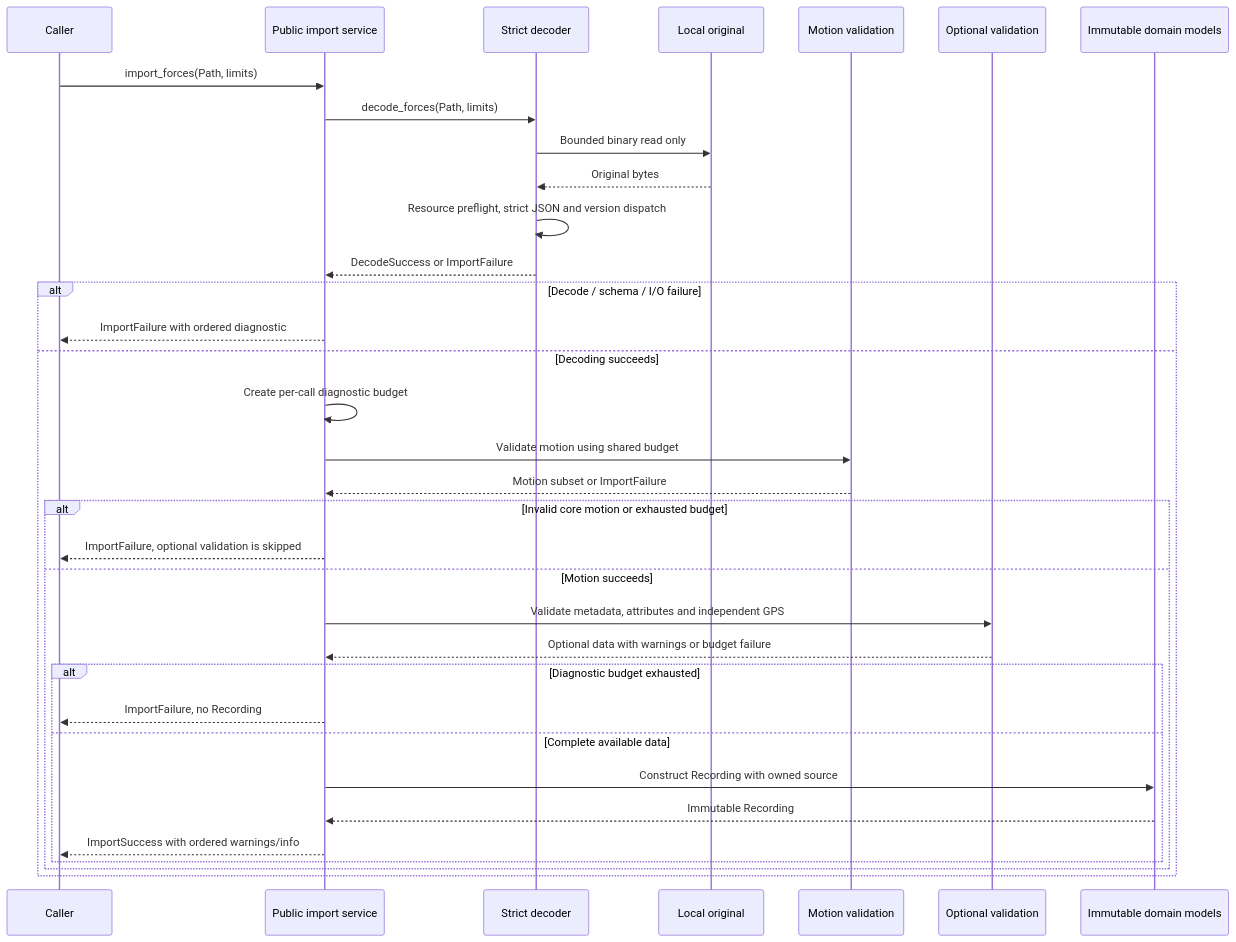
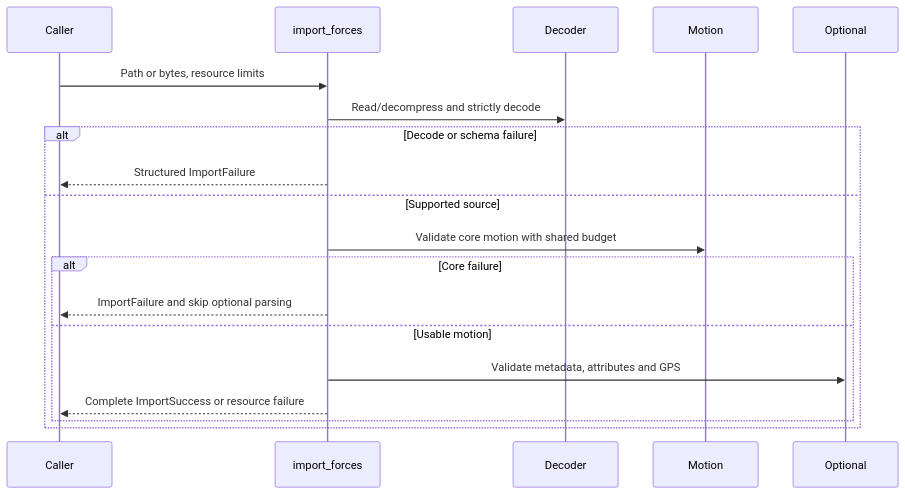
One commit to rudnerbjoern/ride-forces-analyzer changed the second of 4 diagrams in docs/architecture/06_runtime_view.md. Above: the diagram before and after it, drawn with Mermaid. The commit also changed other lines of this file and 39 other files, not shown here.

````diff
--- a/docs/architecture/06_runtime_view.md
+++ b/docs/architecture/06_runtime_view.md
@@ -89,36 +60,21 @@
 ```mermaid
 sequenceDiagram
     participant Caller
-    participant Service as Public import service
-    participant Decoder as Strict decoder
-    participant File as Local original
-    participant Motion as Motion validation
-    participant Optional as Optional validation
-    participant Domain as Immutable domain models
-    Caller->>Service: import_forces(Path, limits)
-    Service->>Decoder: decode_forces(Path, limits)
-    Decoder->>File: Bounded binary read only
-    File-->>Decoder: Original bytes
-    Decoder->>Decoder: Resource preflight, strict JSON and version dispatch
-    Decoder-->>Service: DecodeSuccess or ImportFailure
-    alt Decode / schema / I/O failure
-        Service-->>Caller: ImportFailure with ordered diagnostic
-    else Decoding succeeds
-        Service->>Service: Create per-call diagnostic budget
-        Service->>Motion: Validate motion using shared budget
-        Motion-->>Service: Motion subset or ImportFailure
-        alt Invalid core motion or exhausted budget
-            Service-->>Caller: ImportFailure, optional validation is skipped
-        else Motion succeeds
-            Service->>Optional: Validate metadata, attributes and independent GPS
-            Optional-->>Service: Optional data with warnings or budget failure
-            alt Diagnostic budget exhausted
-                Service-->>Caller: ImportFailure, no Recording
-            else Complete available data
-                Service->>Domain: Construct Recording with owned source
-                Domain-->>Service: Immutable Recording
-                Service-->>Caller: ImportSuccess with ordered warnings/info
-            end
+    participant Service as import_forces
+    participant Decoder
+    participant Motion
+    participant Optional
+    Caller->>Service: Path or bytes, resource limits
+    Service->>Decoder: Read/decompress and strictly decode
+    alt Decode or schema failure
+        Service-->>Caller: Structured ImportFailure
+    else Supported source
+        Service->>Motion: Validate core motion with shared budget
+        alt Core failure
+            Service-->>Caller: ImportFailure and skip optional parsing
+        else Usable motion
+            Service->>Optional: Validate metadata, attributes and GPS
+            Service-->>Caller: Complete ImportSuccess or resource failure
         end
     end
 ```
````
